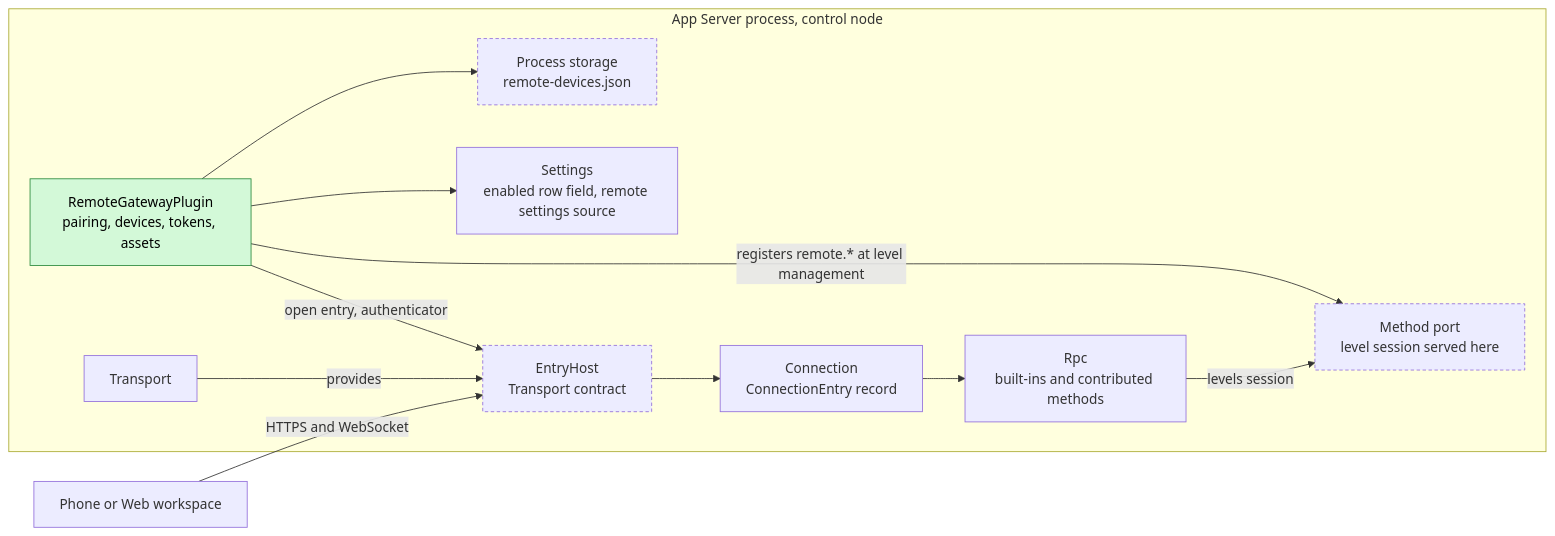
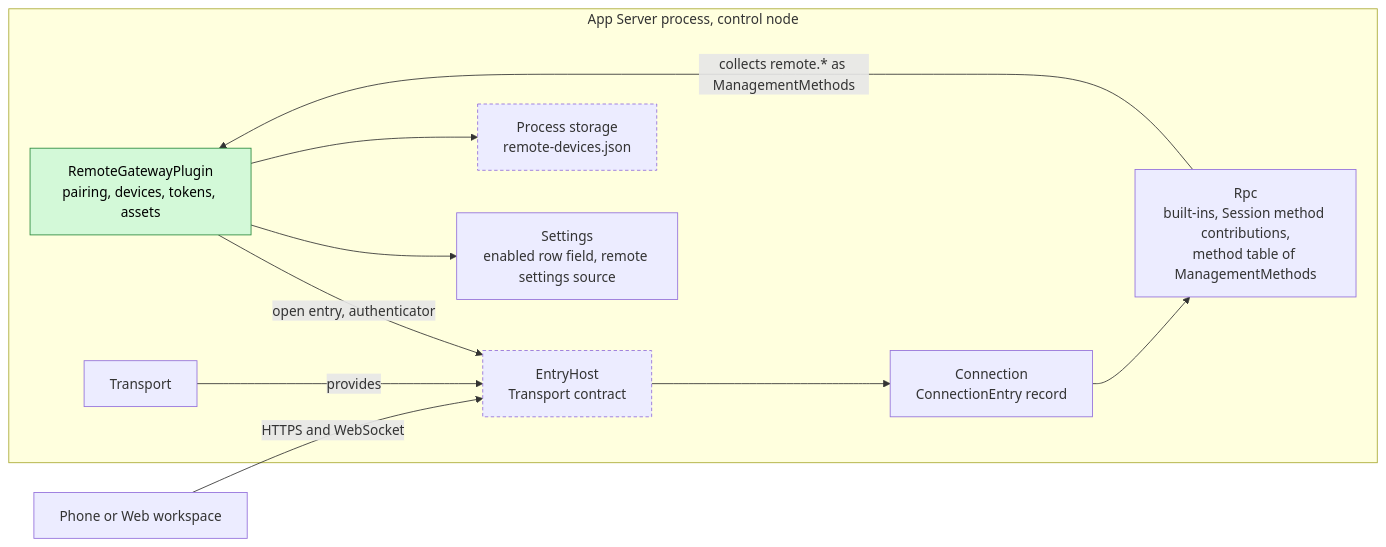
The first of 6 diagrams in docs/design/plugins/RemoteGateway.md (CoutinhoTTS/dim-agent), drawn with Mermaid before and after one commit. The commit also changed other lines of this file and 2 other files, not shown here.

Commit message:
docs(design): rescope Modality, PluginManager and RemoteGateway per ADR 002

````diff
--- a/docs/design/plugins/RemoteGateway.md
+++ b/docs/design/plugins/RemoteGateway.md
@@ -9,25 +9,23 @@
 ```mermaid
 flowchart LR
   subgraph P["App Server process, control node"]
     RG["RemoteGatewayPlugin<br/>pairing, devices, tokens, assets"]:::new
     EH["EntryHost<br/>Transport contract"]:::contract
     TR["Transport"]
     CONN["Connection<br/>ConnectionEntry record"]
-    RPC["Rpc<br/>built-ins and contributed methods"]
-    MR["Method port<br/>level session served here"]:::contract
+    RPC["Rpc<br/>built-ins, Session method contributions,<br/>method table of ManagementMethods"]
     SET["Settings<br/>enabled row field, remote settings source"]
     PST["Process storage<br/>remote-devices.json"]:::contract
   end
   DEV["Phone or Web workspace"]
   DEV -->|"HTTPS and WebSocket"| EH
   RG -->|"open entry, authenticator"| EH
   TR -->|"provides"| EH
   EH --> CONN
   CONN --> RPC
-  RPC -->|"levels session"| MR
-  RG -->|"registers remote.* at level management"| MR
+  RPC -->|"collects remote.* as ManagementMethods"| RG
   RG --> SET
   RG --> PST
   classDef new fill:#d3f9d8,stroke:#2b8a3e,color:#000
   classDef contract stroke-dasharray:4 3
 ```
````
